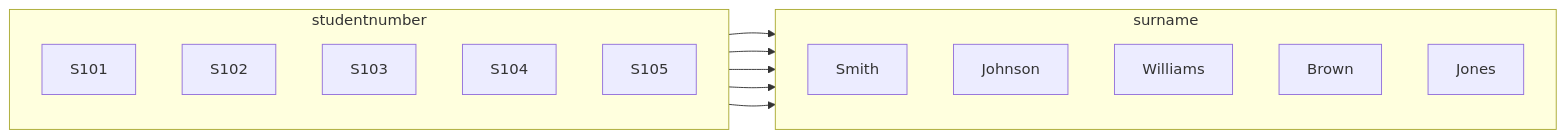
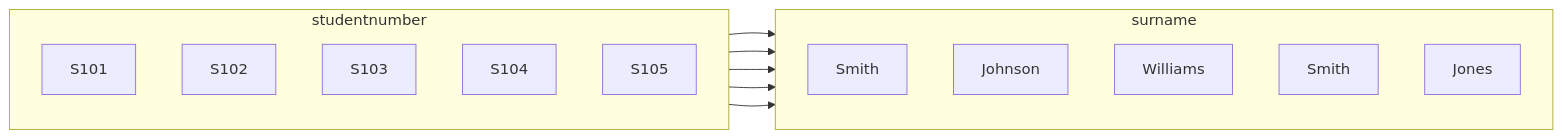
Before and after one commit to Kaltsoon/data-management-and-databases: the first of 2 diagrams in slidev/10-database-normalisation.md, drawn with Mermaid. The commit also changed other lines of this file and 1 other file, not shown here.

````diff
--- a/slidev/10-database-normalisation.md
+++ b/slidev/10-database-normalisation.md
@@ -78,26 +78,26 @@
 ```mermaid
 graph LR
     subgraph studentnumber
         direction TB
         S1[S101]
         S2[S102]
         S3[S103]
         S4[S104]
         S5[S105]
     end
 
     subgraph surname
         direction TB
         N1[Smith]
         N2[Johnson]
         N3[Williams]
-        N4[Brown]
+        N4[Smith]
         N5[Jones]
     end
 
     S1 --> N1
     S2 --> N2
     S3 --> N3
     S4 --> N4
     S5 --> N5
 ```
````
